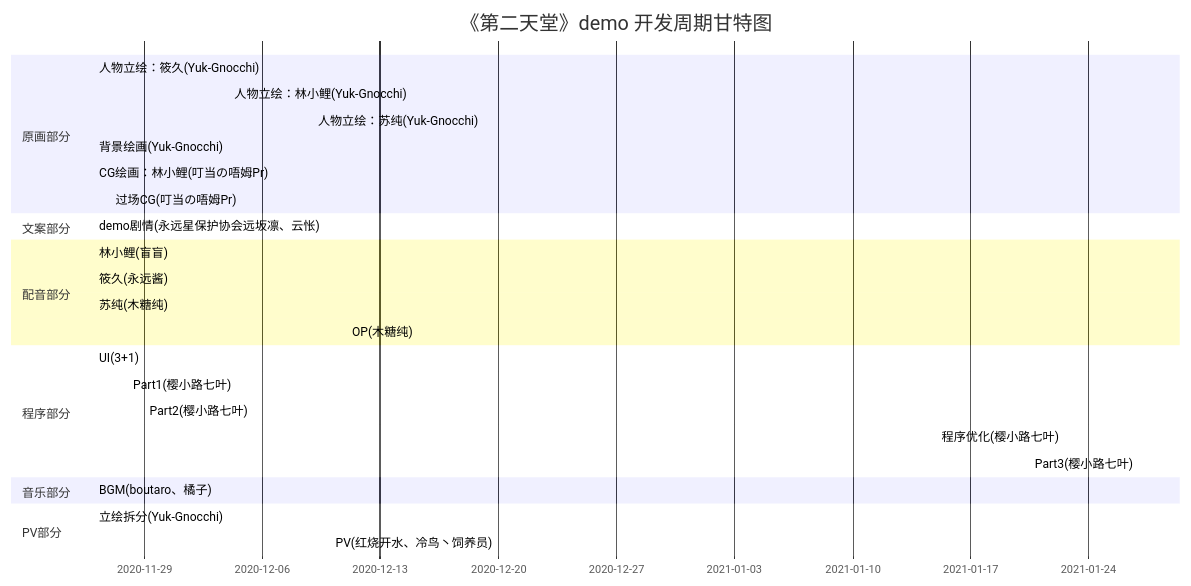
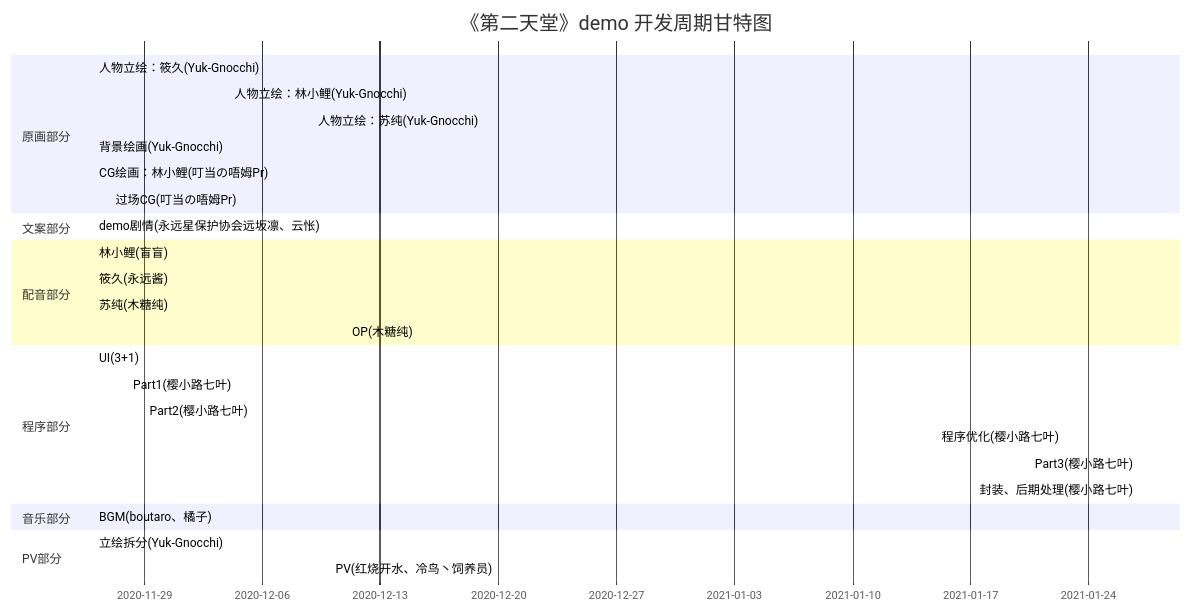
The diagram in README.md (Cwlrin/ReHeaven), drawn with Mermaid before and after one commit. The commit also changed other lines of this file and 38 other files, not shown here.

````diff
--- a/README.md
+++ b/README.md
@@ -67,29 +67,30 @@
 ```mermaid
 gantt
 	title 《第二天堂》demo 开发周期甘特图
 	section 原画部分
 	人物立绘：筱久(Yuk-Gnocchi): done,2020-11-26,2020-12-04
 	人物立绘：林小鲤(Yuk-Gnocchi): done,2020-12-04,2020-12-09
 	人物立绘：苏纯(Yuk-Gnocchi): done,2020-12-09,2020-12-10
 	背景绘画(Yuk-Gnocchi): done,2020-11-26,2020-12-07
 	CG绘画：林小鲤(叮当の唔姆Pr): done,2020-11-26,2020-11-27
-	过场CG(叮当の唔姆Pr): active,2020-11-27,2021-02-07
+	过场CG(叮当の唔姆Pr): active,2020-11-27,2021-02-08
 	section 文案部分
 	demo剧情(永远星保护协会远坂凛、云怅) :done,2020-11-26,2020-11-27
 	section 配音部分
 	林小鲤(盲盲): done,2020-11-26,2020-11-28
 	筱久(永远酱): done,2020-11-26,2020-11-28
 	苏纯(木糖纯): done,2020-11-26,2020-11-29
-	OP(木糖纯): active,2020-12-11,2021-02-07
+	OP(木糖纯): active,2020-12-11,2021-02-08
 	section 程序部分
 	UI(3+1): done,2020-11-26,2020-11-28
 	Part1(樱小路七叶): done,2020-11-28,2020-11-30
 	Part2(樱小路七叶): done,2020-11-29,2020-12-09
 	程序优化(樱小路七叶): done,2021-1-15,2021-1-29
-	Part3(樱小路七叶): active,2021-1-27,2021-02-07
+	Part3(樱小路七叶): done,2021-1-27,2021-02-08
+	封装、后期处理(樱小路七叶): active,2021-02-08
 	section 音乐部分
-	BGM(boutaro、橘子): active,2020-11-26,2021-02-07
+	BGM(boutaro、橘子): active,2020-11-26,2021-02-08
 	section PV部分
 	立绘拆分(Yuk-Gnocchi): done,2020-11-26,2020-12-10
-	PV(红烧开水、冷鸟丶饲养员): active,2020-12-10,2021-02-07
+	PV(红烧开水、冷鸟丶饲养员): active,2020-12-10,2021-02-08
 ```
````
